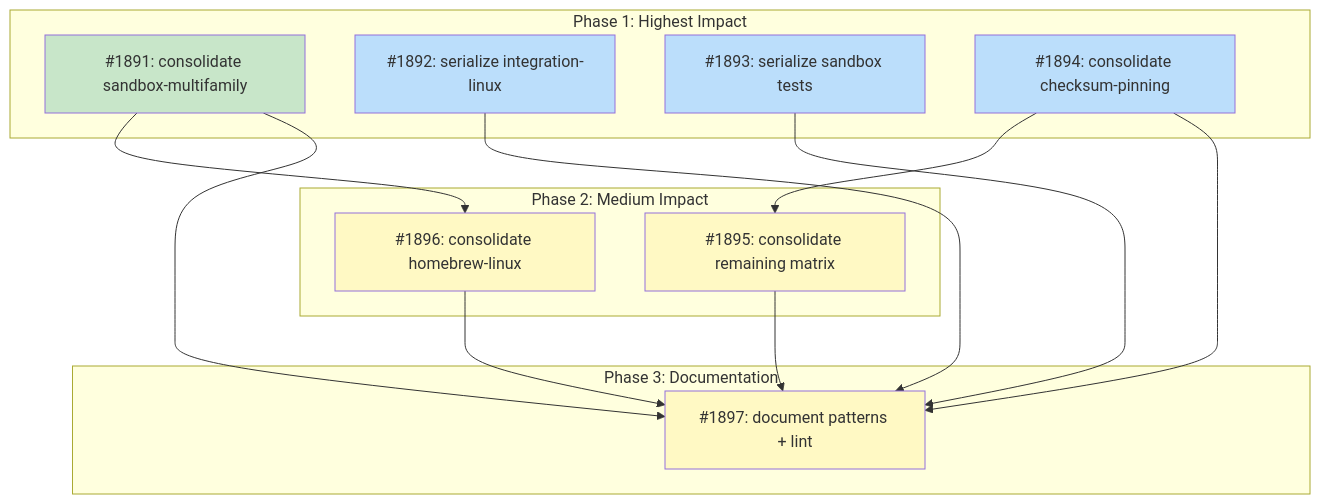
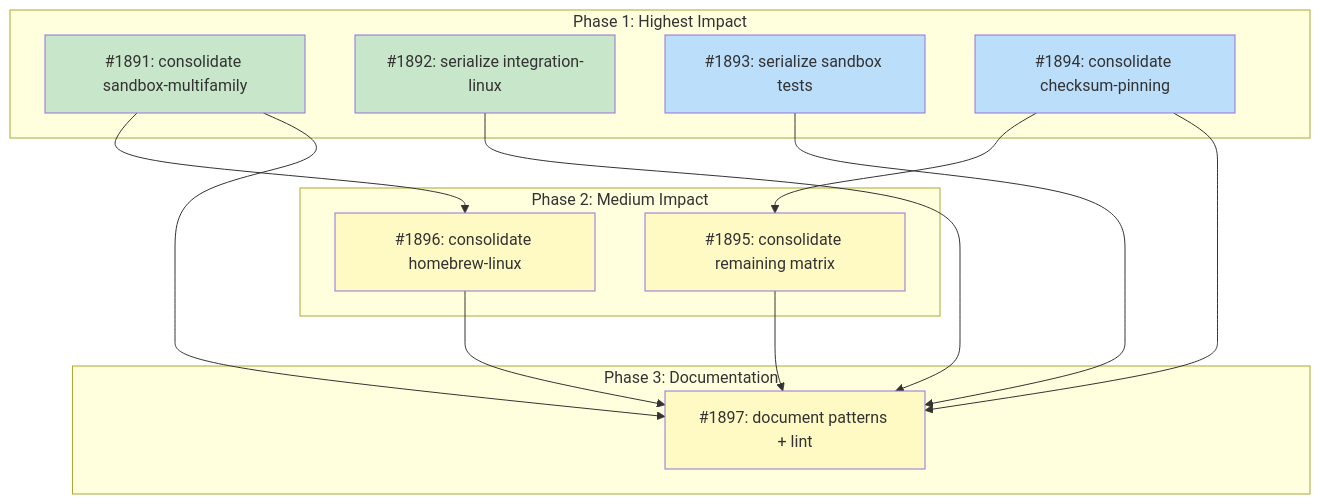
One commit to tsukumogami/tsuku changed the diagram in docs/designs/DESIGN-ci-job-consolidation.md. Above: the diagram before and after it, drawn with Mermaid. The commit also changed other lines of this file and 3 other files, not shown here.

````diff
--- a/docs/designs/DESIGN-ci-job-consolidation.md
+++ b/docs/designs/DESIGN-ci-job-consolidation.md
@@ -57,38 +57,38 @@
 ```mermaid
 graph TD
     subgraph Phase1["Phase 1: Highest Impact"]
         I1891["#1891: consolidate sandbox-multifamily"]
         I1892["#1892: serialize integration-linux"]
         I1893["#1893: serialize sandbox tests"]
         I1894["#1894: consolidate checksum-pinning"]
     end
 
     subgraph Phase2["Phase 2: Medium Impact"]
         I1895["#1895: consolidate remaining matrix"]
         I1896["#1896: consolidate homebrew-linux"]
     end
 
     subgraph Phase3["Phase 3: Documentation"]
         I1897["#1897: document patterns + lint"]
     end
 
     I1894 --> I1895
     I1891 --> I1896
     I1891 --> I1897
     I1892 --> I1897
     I1893 --> I1897
     I1894 --> I1897
     I1895 --> I1897
     I1896 --> I1897
 
     classDef done fill:#c8e6c9
     classDef ready fill:#bbdefb
     classDef blocked fill:#fff9c4
     classDef needsDesign fill:#e1bee7
     classDef tracksDesign fill:#FFE0B2,stroke:#F57C00,color:#000
 
-    class I1891 done
-    class I1892,I1893,I1894 ready
+    class I1891,I1892 done
+    class I1893,I1894 ready
     class I1895,I1896 blocked
     class I1897 blocked
 ```
````
